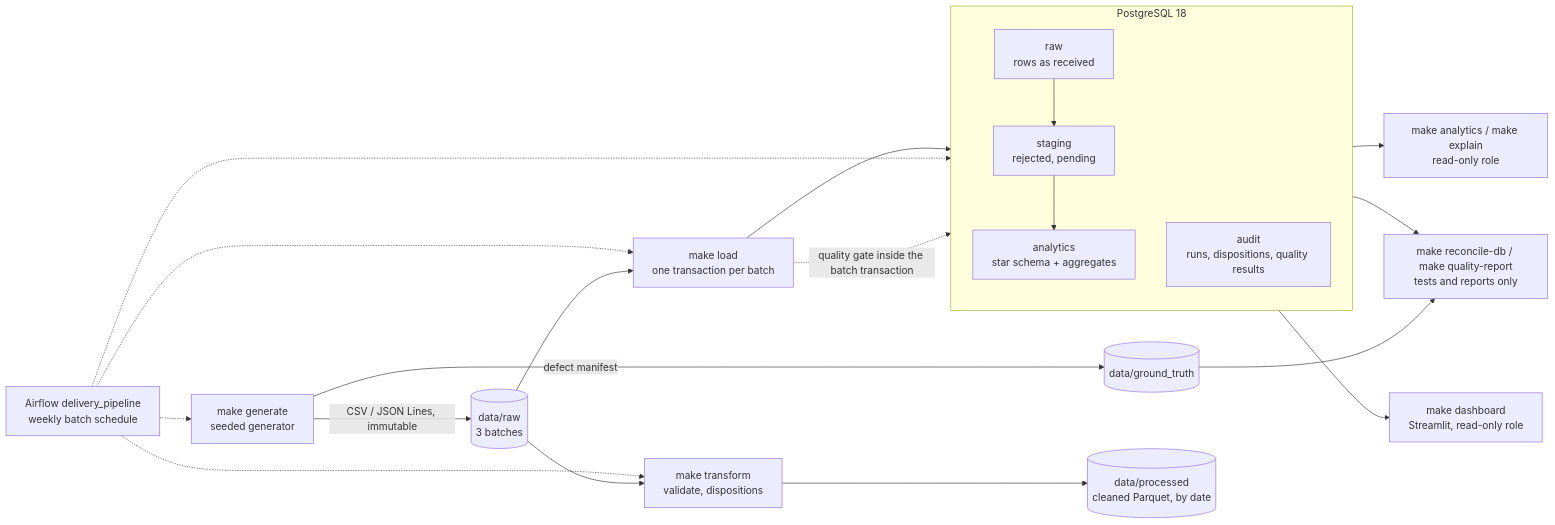
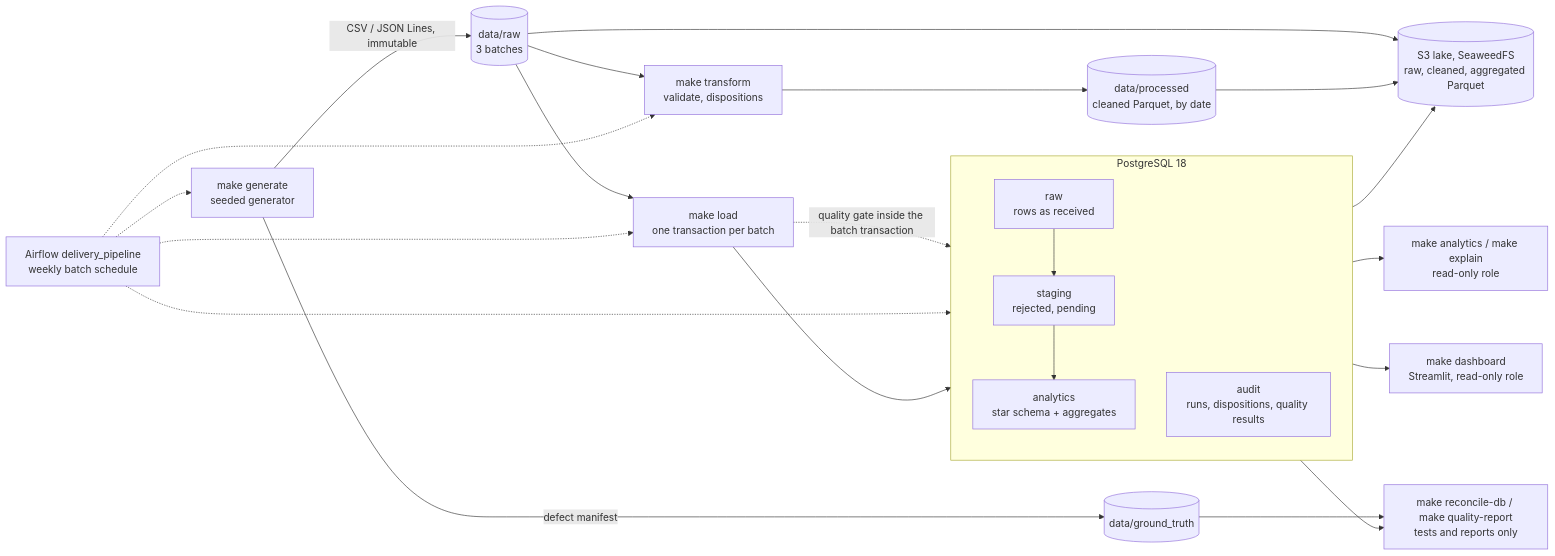
One commit to Aashritha-2005/DeliveryPulse-Last-Mile-Logistics-Data-Platform changed the diagram in README.md. Above: the diagram before and after it, drawn with Mermaid. The commit also changed other lines of this file and 23 other files, not shown here.

Commit message:
Add S3 data lake: SeaweedFS object store in a separate Compose file, raw/cleaned/aggregated Parquet export and read-back reconciliation

````diff
--- a/README.md
+++ b/README.md
@@ -22,24 +22,27 @@
 ```mermaid
 flowchart LR
     G["make generate<br/>seeded generator"] -->|CSV / JSON Lines, immutable| RAW[("data/raw<br/>3 batches")]
     G -->|defect manifest| GT[("data/ground_truth")]
     RAW --> T["make transform<br/>validate, dispositions"]
     T --> PQ[("data/processed<br/>cleaned Parquet, by date")]
     RAW --> L["make load<br/>one transaction per batch"]
     subgraph PG["PostgreSQL 18"]
         direction TB
         R["raw<br/>rows as received"] --> S["staging<br/>rejected, pending"]
         S --> A["analytics<br/>star schema + aggregates"]
         Q["audit<br/>runs, dispositions, quality results"]
     end
     L --> PG
     L -.->|quality gate inside the batch transaction| Q
+    RAW --> LK[("S3 lake, SeaweedFS<br/>raw, cleaned, aggregated Parquet")]
+    PQ --> LK
+    A --> LK
     A --> AN["make analytics / make explain<br/>read-only role"]
     A --> DB["make dashboard<br/>Streamlit, read-only role"]
     GT --> REC["make reconcile-db / make quality-report<br/>tests and reports only"]
     Q --> REC
     AF["Airflow delivery_pipeline<br/>weekly batch schedule"] -.-> G
     AF -.-> T
     AF -.-> L
     AF -.-> Q
 ```
````
